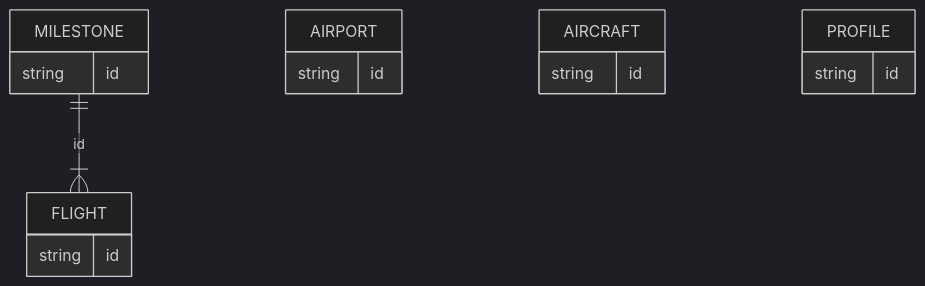
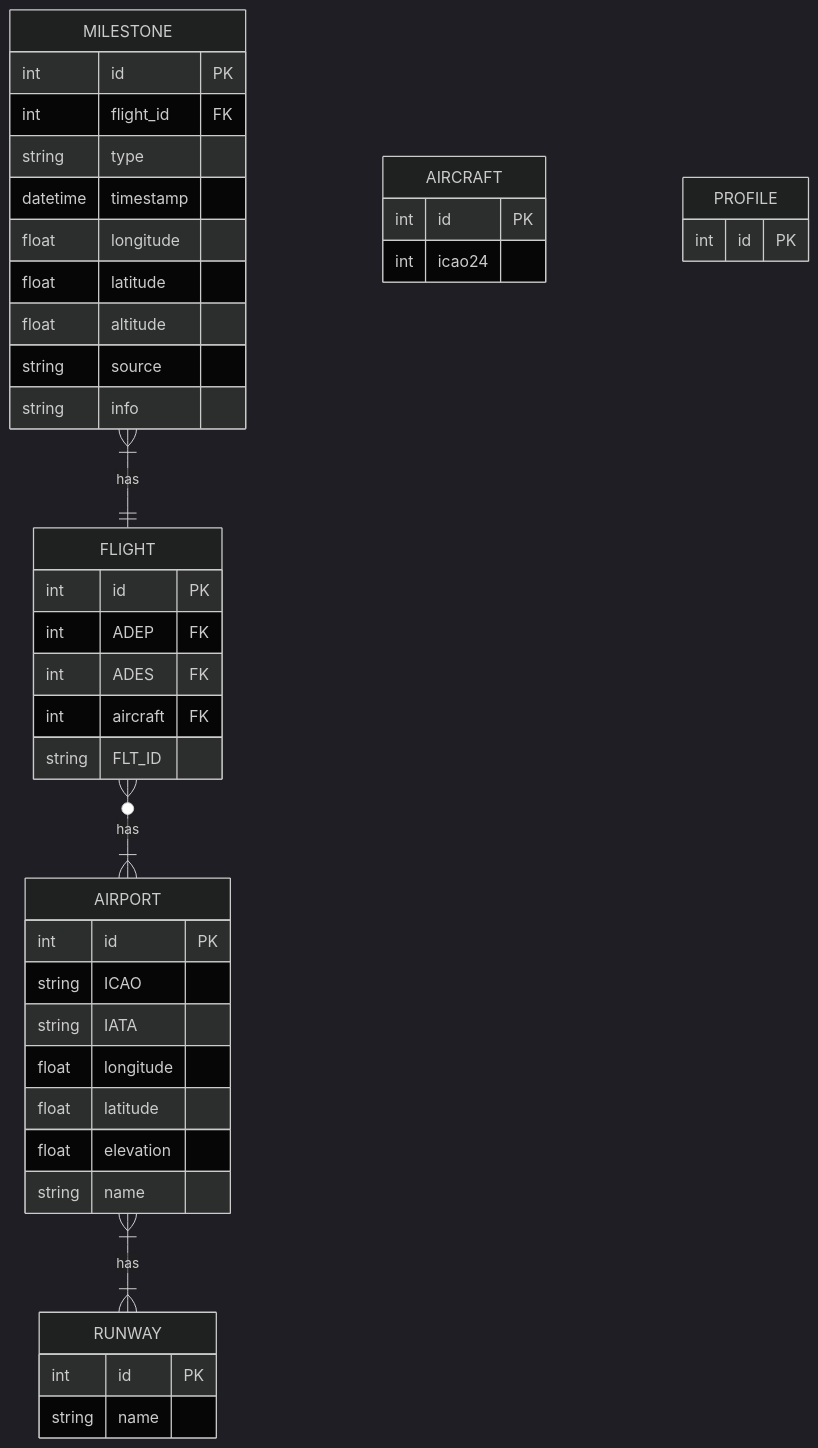
Before and after one commit to euctrl-pru/flight-milestones-concepts: the diagram in index.qmd, drawn with Mermaid (dark theme). The commit also changed other lines of this file and 2 other files, not shown here.

Commit message:
few more entities

````diff
--- a/index.qmd
+++ b/index.qmd
@@ -132,24 +134,49 @@
 ```{mermaid}
 %%| label: fig-er-diagram
 %%| fig-cap: "Entity-Relationship diagram for Milestone and relevant concepts."
 
 erDiagram
     MILESTONE {
-        string id
+        int id PK
+        int flight_id FK
+        string type
+        datetime timestamp
+        float longitude
+        float latitude
+        float altitude
+        string source
+        string info
     }
     FLIGHT {
-        string id
+        int id PK
+        int ADEP FK
+        int ADES FK
+        int aircraft FK
+        string FLT_ID
     }
     AIRPORT {
-        string id
+        int id PK
+        string ICAO
+        string IATA
+        float longitude
+        float latitude
+        float elevation
+        string name
+    }
+    RUNWAY {
+        int id PK
+        string name
     }
     AIRCRAFT {
-        string id
+        int id PK
+        int icao24
     }
     PROFILE {
-        string id
+        int id PK
     }
     
-    MILESTONE ||--|{ FLIGHT : id
+    MILESTONE }|--|| FLIGHT : has
+    FLIGHT    }o--|{ AIRPORT : has
+    AIRPORT   }|--|{ RUNWAY : has
 
 ```
````
